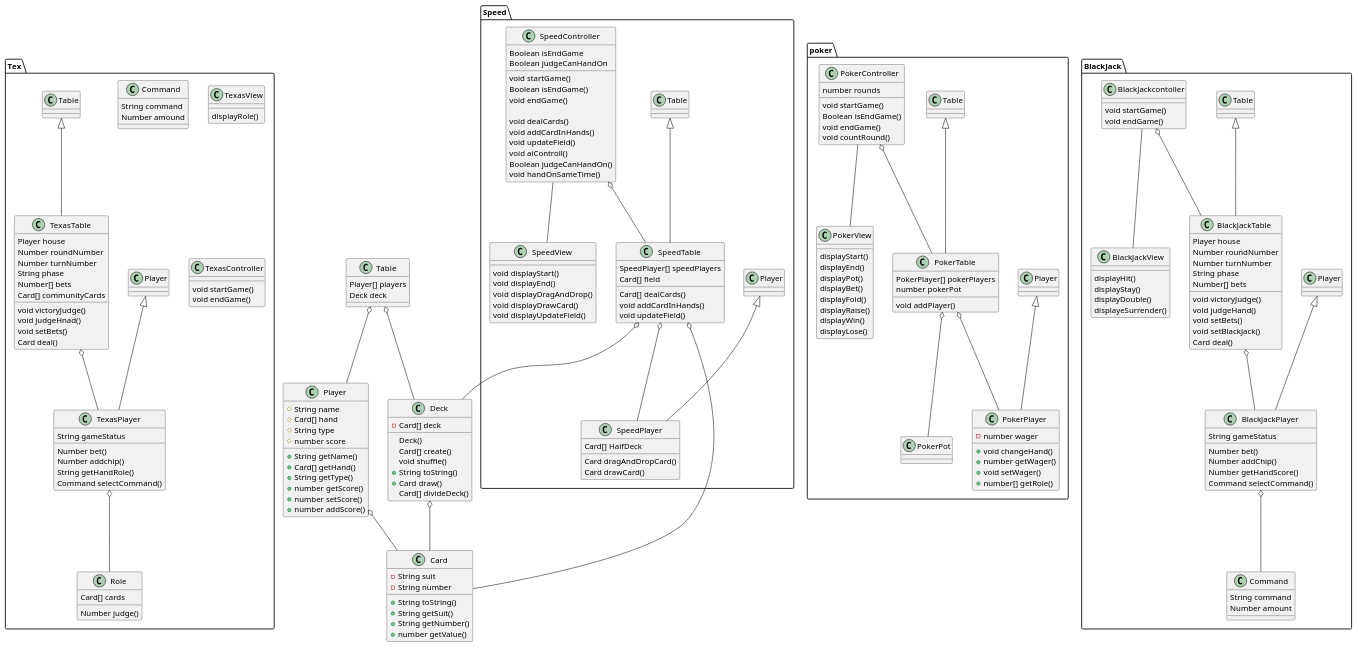
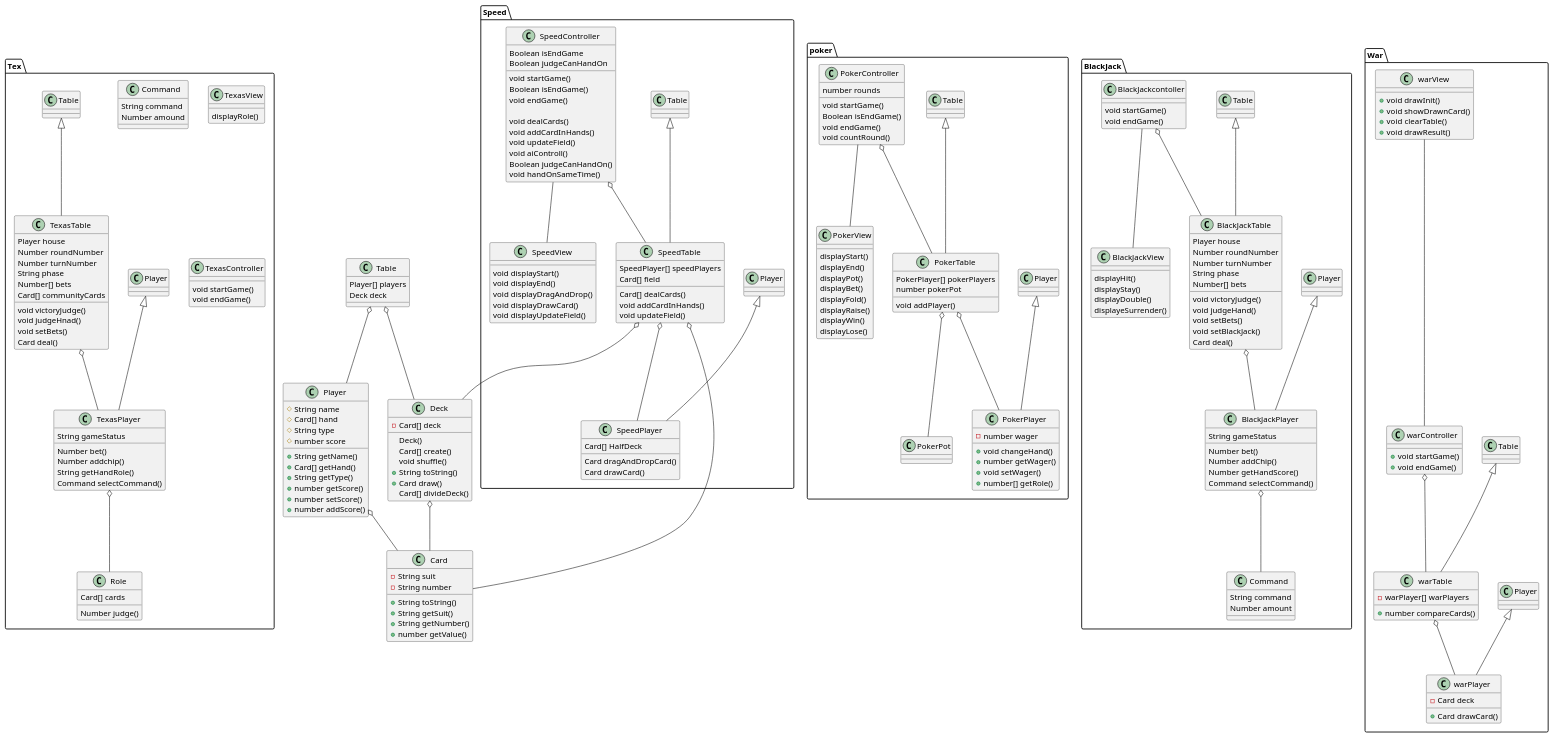
One commit to Recursion-teamB/class-diagram changed the diagram in makeUML.pu. Above: the diagram before and after it, drawn with PlantUML.

```diff
--- a/makeUML.pu
+++ b/makeUML.pu
@@ -220,4 +220,32 @@
 SpeedTable o-- Deck
 SpeedTable o-- Card
 
+package War{
+    class warPlayer extends Player{
+        -Card deck
+        +Card drawCard()
+    }
+
+    class warTable extends Table{
+        -warPlayer[] warPlayers
+        +number compareCards()
+    }
+
+    class warController{
+        +void startGame()
+        +void endGame()
+    }
+
+    class warView{
+    + void drawInit()
+    + void showDrawnCard()
+    + void clearTable()
+    + void drawResult()
+    }
+
+    warView --- warController
+    warTable o-- warPlayer
+    warController o-- warTable
+}
+
 @enduml
```
